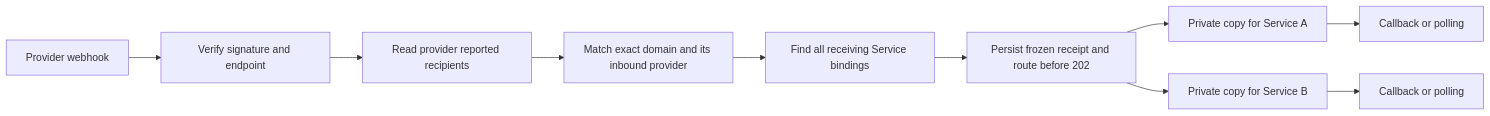
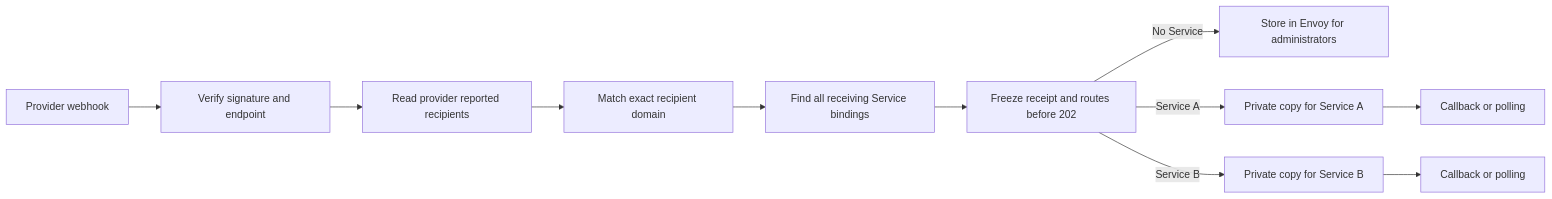
Before and after one commit to realzolo/envoy: the first of 2 diagrams in docs/ARCHITECTURE.md, drawn with Mermaid. The commit also changed other lines of this file and 39 other files, not shown here.

````diff
--- a/docs/ARCHITECTURE.md
+++ b/docs/ARCHITECTURE.md
@@ -42,12 +42,13 @@
 ```mermaid
 flowchart LR
   P[Provider webhook] --> V[Verify signature and endpoint]
   V --> E[Read provider reported recipients]
-  E --> D[Match exact domain and its inbound provider]
+  E --> D[Match exact recipient domain]
   D --> B[Find all receiving Service bindings]
-  B --> R[Persist frozen receipt and route before 202]
-  R --> S1[Private copy for Service A]
-  R --> S2[Private copy for Service B]
+  B --> R[Freeze receipt and routes before 202]
+  R -->|No Service| A[Store in Envoy for administrators]
+  R -->|Service A| S1[Private copy for Service A]
+  R -->|Service B| S2[Private copy for Service B]
   S1 --> N1[Callback or polling]
   S2 --> N2[Callback or polling]
 ```
````
